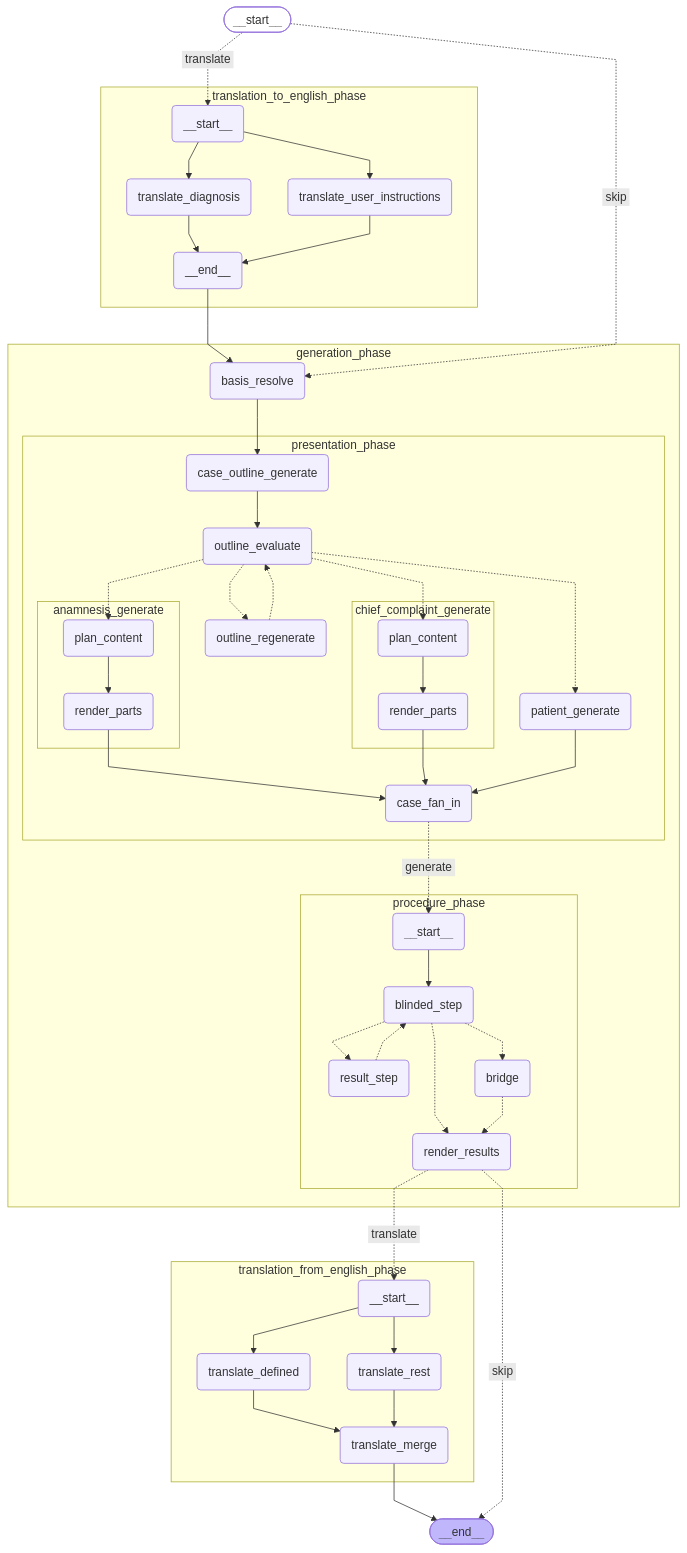
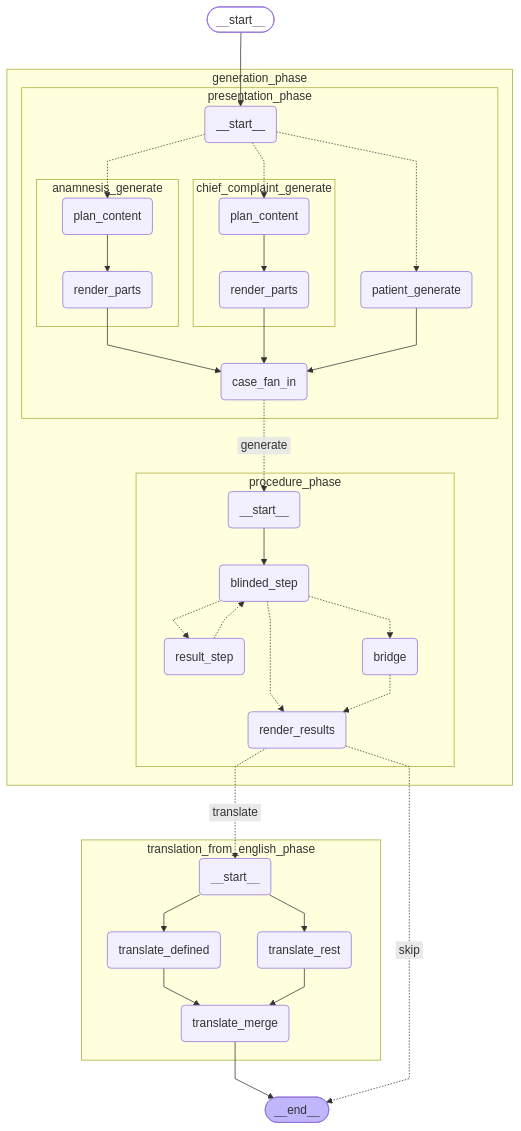
Before and after one commit to janthoXO/AetioMed: the diagram in docs/graphs/case-graph.translation-sandwich.mmd, drawn with Mermaid. The commit also changed 24 other files, not shown here.

First line of the commit message:
refactor(graph): split the pipeline into a plan graph and a case graph (#159)

```diff
--- a/docs/graphs/case-graph.translation-sandwich.mmd
+++ b/docs/graphs/case-graph.translation-sandwich.mmd
@@ -1,77 +1,58 @@
 %%{init: {'flowchart': {'curve': 'linear'}}}%%
 graph TD;
 	__start__([<p>__start__</p>]):::first
-	generation_phase_basis_resolve(basis_resolve)
-	generation_phase_presentation_phase_case_outline_generate(case_outline_generate)
-	generation_phase_presentation_phase_outline_evaluate(outline_evaluate)
-	generation_phase_presentation_phase_outline_regenerate(outline_regenerate)
+	generation_phase_presentation_phase___start__(<p>__start__</p>)
 	generation_phase_presentation_phase_patient_generate(patient_generate)
 	generation_phase_presentation_phase_chief_complaint_generate_plan_content(plan_content)
 	generation_phase_presentation_phase_chief_complaint_generate_render_parts(render_parts)
 	generation_phase_presentation_phase_anamnesis_generate_plan_content(plan_content)
 	generation_phase_presentation_phase_anamnesis_generate_render_parts(render_parts)
 	generation_phase_presentation_phase_case_fan_in(case_fan_in)
 	generation_phase_procedure_phase___start__(<p>__start__</p>)
 	generation_phase_procedure_phase_blinded_step(blinded_step)
 	generation_phase_procedure_phase_result_step(result_step)
 	generation_phase_procedure_phase_bridge(bridge)
 	generation_phase_procedure_phase_render_results(render_results)
-	translation_to_english_phase___start__(<p>__start__</p>)
-	translation_to_english_phase_translate_diagnosis(translate_diagnosis)
-	translation_to_english_phase_translate_user_instructions(translate_user_instructions)
-	translation_to_english_phase___end__(<p>__end__</p>)
 	translation_from_english_phase___start__(<p>__start__</p>)
 	translation_from_english_phase_translate_defined(translate_defined)
 	translation_from_english_phase_translate_rest(translate_rest)
 	translation_from_english_phase_translate_merge(translate_merge)
 	__end__([<p>__end__</p>]):::last
+	__start__ --> generation_phase_presentation_phase___start__;
 	translation_from_english_phase_translate_merge --> __end__;
-	translation_to_english_phase___end__ --> generation_phase_basis_resolve;
-	__start__ -. &nbsp;translate&nbsp; .-> translation_to_english_phase___start__;
-	__start__ -. &nbsp;skip&nbsp; .-> generation_phase_basis_resolve;
 	generation_phase_procedure_phase_render_results -. &nbsp;translate&nbsp; .-> translation_from_english_phase___start__;
 	generation_phase_procedure_phase_render_results -. &nbsp;skip&nbsp; .-> __end__;
 	subgraph generation_phase
 	subgraph presentation_phase
 	subgraph chief_complaint_generate
 	generation_phase_presentation_phase_chief_complaint_generate_plan_content --> generation_phase_presentation_phase_chief_complaint_generate_render_parts;
 	end
 	subgraph anamnesis_generate
 	generation_phase_presentation_phase_anamnesis_generate_plan_content --> generation_phase_presentation_phase_anamnesis_generate_render_parts;
 	end
 	generation_phase_presentation_phase_anamnesis_generate_render_parts --> generation_phase_presentation_phase_case_fan_in;
-	generation_phase_presentation_phase_case_outline_generate --> generation_phase_presentation_phase_outline_evaluate;
 	generation_phase_presentation_phase_chief_complaint_generate_render_parts --> generation_phase_presentation_phase_case_fan_in;
 	generation_phase_presentation_phase_patient_generate --> generation_phase_presentation_phase_case_fan_in;
-	generation_phase_presentation_phase_outline_evaluate -.-> generation_phase_presentation_phase_outline_regenerate;
-	generation_phase_presentation_phase_outline_evaluate -.-> generation_phase_presentation_phase_patient_generate;
-	generation_phase_presentation_phase_outline_evaluate -.-> generation_phase_presentation_phase_chief_complaint_generate_plan_content;
-	generation_phase_presentation_phase_outline_evaluate -.-> generation_phase_presentation_phase_anamnesis_generate_plan_content;
-	generation_phase_presentation_phase_outline_regenerate -.-> generation_phase_presentation_phase_outline_evaluate;
+	generation_phase_presentation_phase___start__ -.-> generation_phase_presentation_phase_patient_generate;
+	generation_phase_presentation_phase___start__ -.-> generation_phase_presentation_phase_chief_complaint_generate_plan_content;
+	generation_phase_presentation_phase___start__ -.-> generation_phase_presentation_phase_anamnesis_generate_plan_content;
 	end
 	subgraph procedure_phase
 	generation_phase_procedure_phase___start__ --> generation_phase_procedure_phase_blinded_step;
 	generation_phase_procedure_phase_blinded_step -.-> generation_phase_procedure_phase_result_step;
 	generation_phase_procedure_phase_blinded_step -.-> generation_phase_procedure_phase_bridge;
 	generation_phase_procedure_phase_blinded_step -.-> generation_phase_procedure_phase_render_results;
 	generation_phase_procedure_phase_result_step -.-> generation_phase_procedure_phase_blinded_step;
 	generation_phase_procedure_phase_bridge -.-> generation_phase_procedure_phase_render_results;
 	end
-	generation_phase_basis_resolve --> generation_phase_presentation_phase_case_outline_generate;
 	generation_phase_presentation_phase_case_fan_in -. &nbsp;generate&nbsp; .-> generation_phase_procedure_phase___start__;
-	end
-	subgraph translation_to_english_phase
-	translation_to_english_phase___start__ --> translation_to_english_phase_translate_diagnosis;
-	translation_to_english_phase___start__ --> translation_to_english_phase_translate_user_instructions;
-	translation_to_english_phase_translate_diagnosis --> translation_to_english_phase___end__;
-	translation_to_english_phase_translate_user_instructions --> translation_to_english_phase___end__;
 	end
 	subgraph translation_from_english_phase
 	translation_from_english_phase___start__ --> translation_from_english_phase_translate_defined;
 	translation_from_english_phase___start__ --> translation_from_english_phase_translate_rest;
 	translation_from_english_phase_translate_defined --> translation_from_english_phase_translate_merge;
 	translation_from_english_phase_translate_rest --> translation_from_english_phase_translate_merge;
 	end
 	classDef default fill:#f2f0ff,line-height:1.2;
 	classDef first fill-opacity:0;
 	classDef last fill:#bfb6fc;
```
